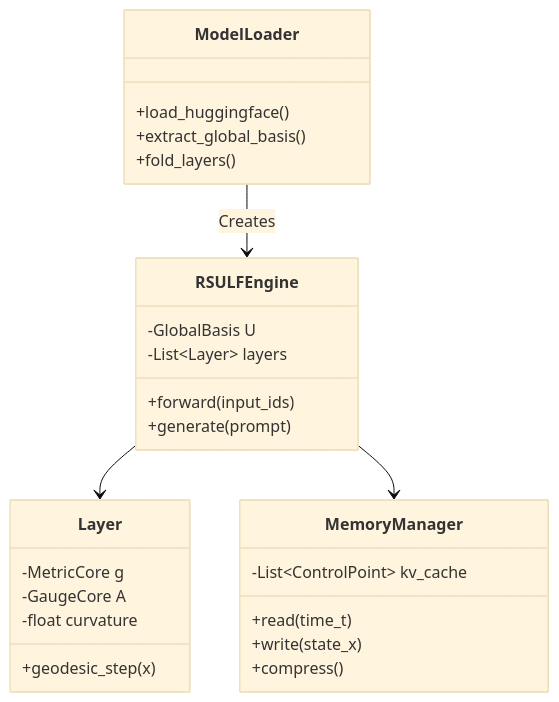
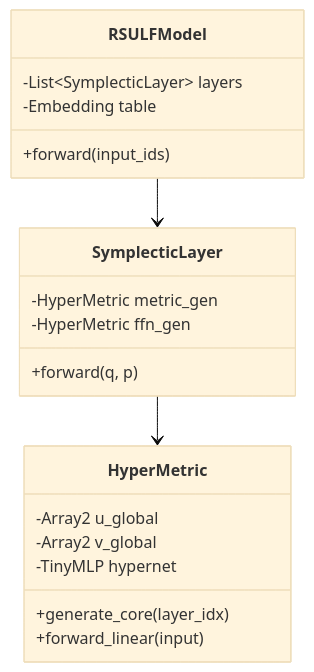
The diagram in docs/08_geodesic_compression/04_IMPLEMENTATION_BLUEPRINT.md (jigglypop/reality_stone), drawn with Mermaid (base theme) before and after one commit. The commit also changed other lines of this file and 35 other files, not shown here.

````diff
--- a/docs/08_geodesic_compression/04_IMPLEMENTATION_BLUEPRINT.md
+++ b/docs/08_geodesic_compression/04_IMPLEMENTATION_BLUEPRINT.md
@@ -166,30 +115,25 @@
 ```mermaid
 classDiagram
-    class ModelLoader {
-        +load_huggingface()
-        +extract_global_basis()
-        +fold_layers()
+    class HyperMetric {
+        -Array2 u_global
+        -Array2 v_global
+        -TinyMLP hypernet
+        +generate_core(layer_idx)
+        +forward_linear(input)
     }
-    class RSULFEngine {
-        -GlobalBasis U
-        -List~Layer~ layers
+
+    class SymplecticLayer {
+        -HyperMetric metric_gen
+        -HyperMetric ffn_gen
+        +forward(q, p)
+    }
+
+    class RSULFModel {
+        -List~SymplecticLayer~ layers
+        -Embedding table
         +forward(input_ids)
-        +generate(prompt)
-    }
-    class Layer {
-        -MetricCore g
-        -GaugeCore A
-        -float curvature
-        +geodesic_step(x)
-    }
-    class MemoryManager {
-        -List~ControlPoint~ kv_cache
-        +read(time_t)
-        +write(state_x)
-        +compress()
     }
     
-    RSULFEngine --> Layer
-    RSULFEngine --> MemoryManager
-    ModelLoader --> RSULFEngine : Creates
+    RSULFModel --> SymplecticLayer
+    SymplecticLayer --> HyperMetric
 ```
````
